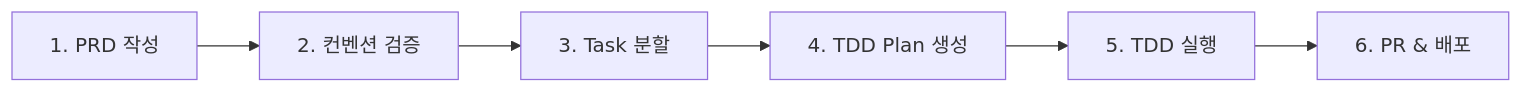
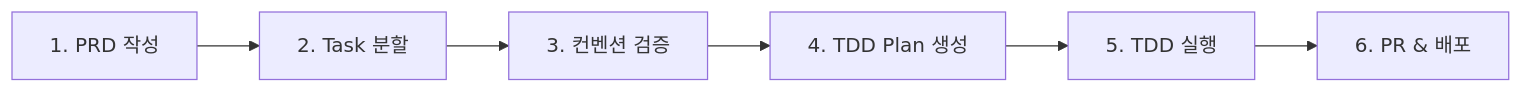
One commit to ryu-qqq/claude-spring-standards changed the diagram in README.md. Above: the diagram before and after it, drawn with Mermaid. The commit also changed other lines of this file, not shown here.

First line of the commit message:
refactor: 개발 플로우 순서 개선 (컨벤션 검증 위치 변경)

````diff
--- a/README.md
+++ b/README.md
@@ -32,8 +32,8 @@
 ```mermaid
 graph LR
-    A[1. PRD 작성] --> B[2. 컨벤션 검증]
-    B --> C[3. Task 분할]
+    A[1. PRD 작성] --> B[2. Task 분할]
+    B --> C[3. 컨벤션 검증]
     C --> D[4. TDD Plan 생성]
     D --> E[5. TDD 실행]
     E --> F[6. PR & 배포]
 ```
````
